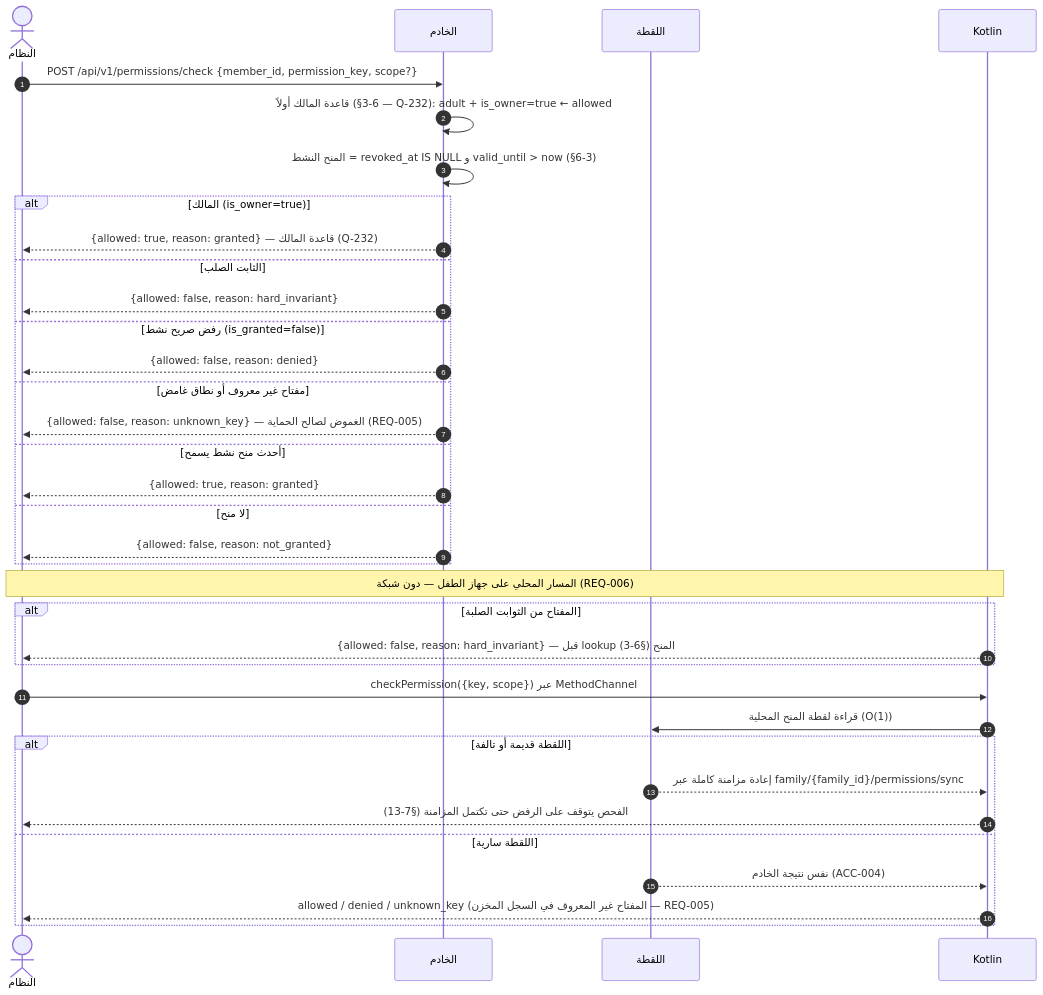
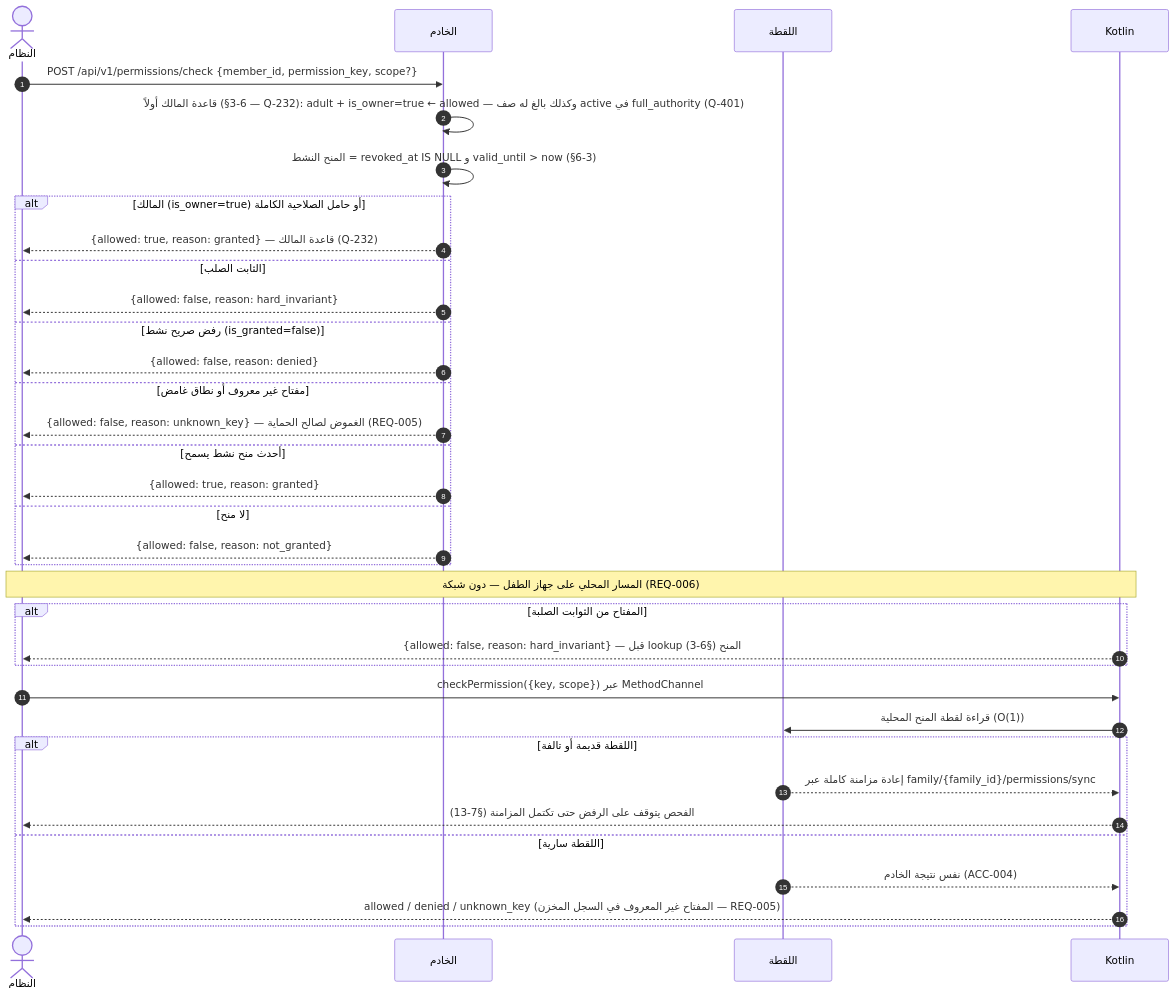
Before and after one commit to Bassam-mohammed-alqaeadi/family-os-v2: the sixth of 18 diagrams in docs/family-os/governance/phases/phase-1/S1-03-family-roles-and-permissions/DIAGRAMS.md, drawn with Mermaid. The commit also changed other lines of this file and 13 other files, not shown here.

````diff
--- a/docs/family-os/governance/phases/phase-1/S1-03-family-roles-and-permissions/DIAGRAMS.md
+++ b/docs/family-os/governance/phases/phase-1/S1-03-family-roles-and-permissions/DIAGRAMS.md
@@ -279,37 +367,37 @@
 ```mermaid
 sequenceDiagram
     autonumber
     actor System as النظام
     participant Ktor as الخادم
     participant Snapshot as اللقطة
     participant K as Kotlin
     System->>Ktor: POST /api/v1/permissions/check {member_id, permission_key, scope?}
-    Ktor->>Ktor: قاعدة المالك أولاً (§6-3 — Q-232): adult + is_owner=true ← allowed
+    Ktor->>Ktor: قاعدة المالك أولاً (§6-3 — Q-232): adult + is_owner=true ← allowed — وكذلك بالغ له صف active في full_authority (Q-401)
     Ktor->>Ktor: المنح النشط = revoked_at IS NULL و valid_until > now (§6-3)
-    alt المالك (is_owner=true)
+    alt المالك (is_owner=true) أو حامل الصلاحية الكاملة
         Ktor-->>System: {allowed: true, reason: granted} — قاعدة المالك (Q-232)
     else الثابت الصلب
         Ktor-->>System: {allowed: false, reason: hard_invariant}
     else رفض صريح نشط (is_granted=false)
         Ktor-->>System: {allowed: false, reason: denied}
     else مفتاح غير معروف أو نطاق غامض
         Ktor-->>System: {allowed: false, reason: unknown_key} — الغموض لصالح الحماية (REQ-005)
     else أحدث منح نشط يسمح
         Ktor-->>System: {allowed: true, reason: granted}
     else لا منح
         Ktor-->>System: {allowed: false, reason: not_granted}
     end
     Note over System,K: المسار المحلي على جهاز الطفل — دون شبكة (REQ-006)
     alt المفتاح من الثوابت الصلبة
         K-->>System: {allowed: false, reason: hard_invariant} — قبل lookup المنح (§6-3)
     end
     System->>K: checkPermission({key, scope}) عبر MethodChannel
     K->>Snapshot: قراءة لقطة المنح المحلية (O(1))
     alt اللقطة قديمة أو تالفة
         Snapshot-->>K: إعادة مزامنة كاملة عبر family/{family_id}/permissions/sync
         K-->>System: الفحص يتوقف على الرفض حتى تكتمل المزامنة (§7-13)
     else اللقطة سارية
         Snapshot-->>K: نفس نتيجة الخادم (ACC-004)
         K-->>System: allowed / denied / unknown_key (المفتاح غير المعروف في السجل المخزن — REQ-005)
     end
 ```
````
